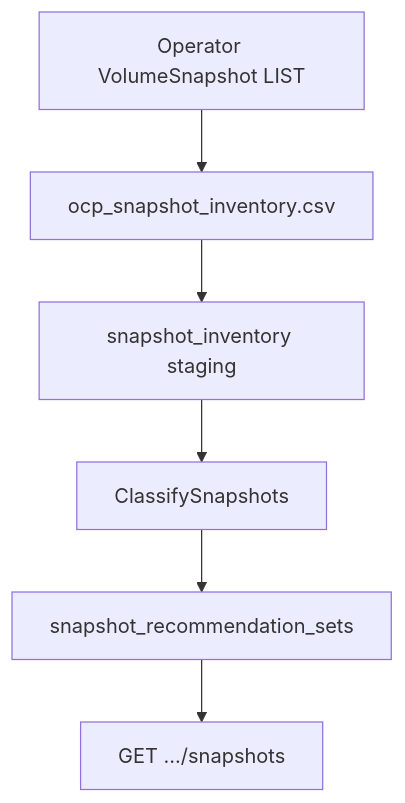
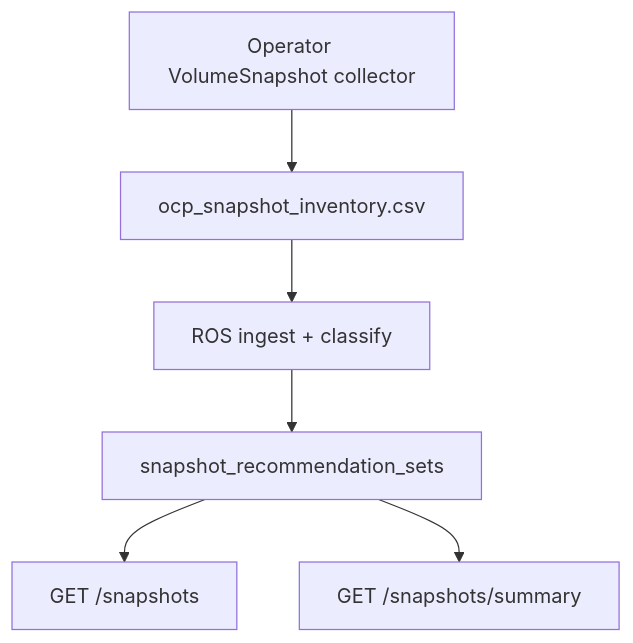
One commit to pgarciaq/ros-ocp-backend changed the diagram in docs-site/features/snapshot-staleness.md. Above: the diagram before and after it, drawn with Mermaid. The commit also changed other lines of this file and 1 other file, not shown here.

First line of the commit message:
Add snapshot staleness public docs and document summary API

````diff
--- a/docs-site/features/snapshot-staleness.md
+++ b/docs-site/features/snapshot-staleness.md
@@ -23,8 +22,8 @@
 ```mermaid
 flowchart TD
-  Op[Operator VolumeSnapshot LIST] --> CSV[ocp_snapshot_inventory.csv]
-  CSV --> Inv[snapshot_inventory staging]
-  Inv --> Class[ClassifySnapshots]
-  Class --> Rec[snapshot_recommendation_sets]
-  Rec --> API[GET .../snapshots]
+  Op[Operator VolumeSnapshot collector] --> CSV[ocp_snapshot_inventory.csv]
+  CSV --> Ingest[ROS ingest + classify]
+  Ingest --> Recs[snapshot_recommendation_sets]
+  Recs --> List[GET /snapshots]
+  Recs --> Summary[GET /snapshots/summary]
 ```
````
